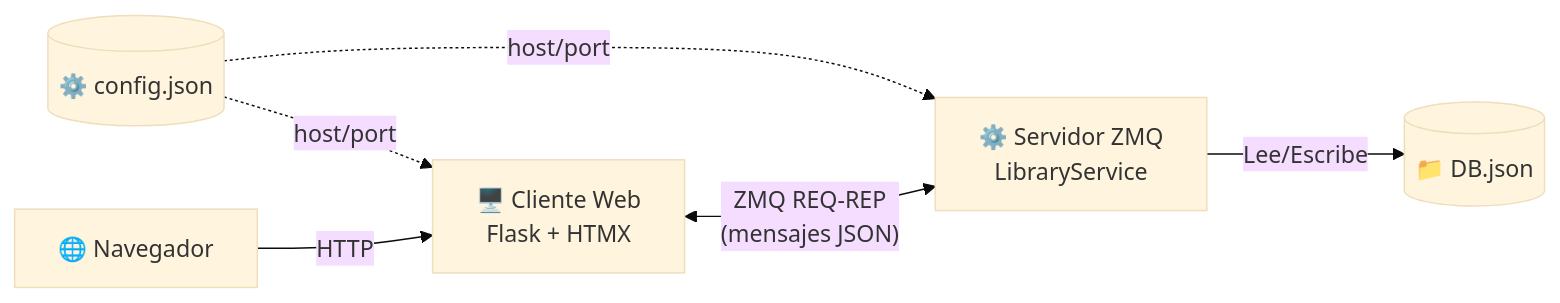
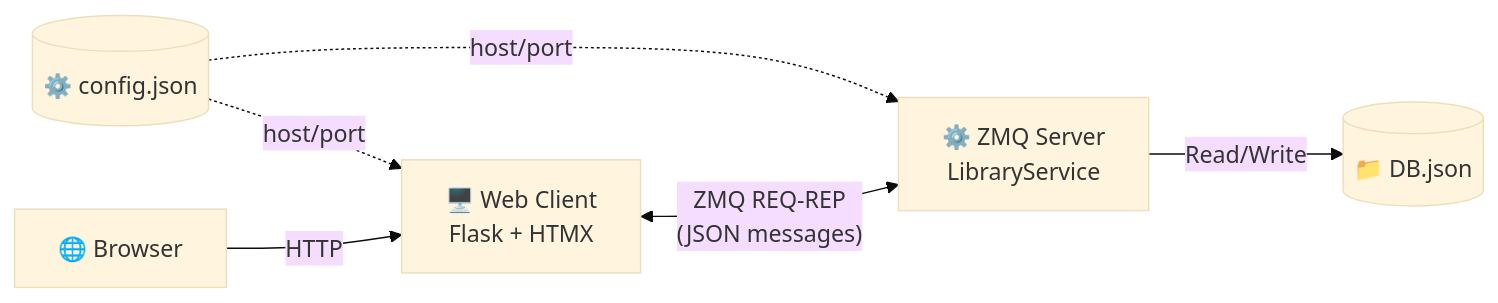
Before and after one commit to CarefreeHarp/DistributedSystems: the diagram in ZeroMQ-Workshop/README.md, drawn with Mermaid (base theme). The commit also changed other lines of this file and 3 other files, not shown here.

````diff
--- a/ZeroMQ-Workshop/README.md
+++ b/ZeroMQ-Workshop/README.md
@@ -7,14 +7,14 @@
 ```mermaid
 graph LR
-    Browser["🌐 Navegador"]
+    Browser["🌐 Browser"]
     Config[("⚙️ config.json")]
-    Client["🖥️ Cliente Web\nFlask + HTMX"]
-    Server["⚙️ Servidor ZMQ\nLibraryService"]
+    Client["🖥️ Web Client\nFlask + HTMX"]
+    Server["⚙️ ZMQ Server\nLibraryService"]
     DB[("📁 DB.json")]
 
     Config -.->|host/port| Client
     Config -.->|host/port| Server
     Browser -->|HTTP| Client
-    Client <-->|"ZMQ REQ-REP\n(mensajes JSON)"| Server
-    Server -->|Lee/Escribe| DB
+    Client <-->|"ZMQ REQ-REP\n(JSON messages)"| Server
+    Server -->|Read/Write| DB
 ```
````
